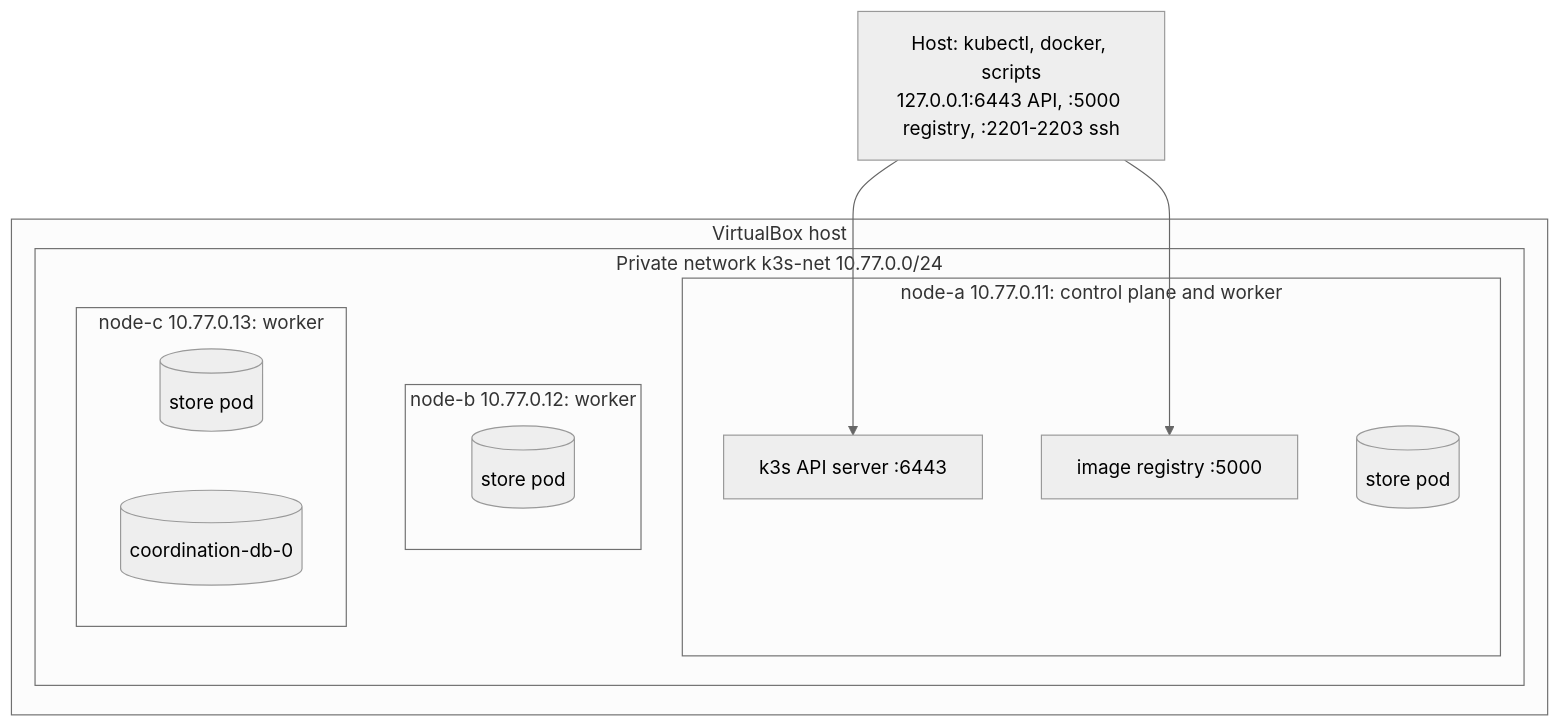
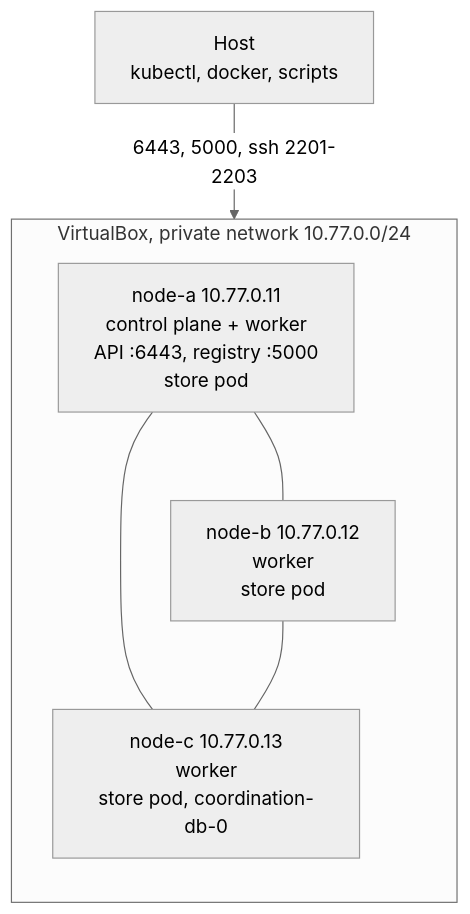
The first of 2 diagrams in README.md (brii26/distributed-hazard-coordination), drawn with Mermaid (neutral theme) before and after one commit. The commit also changed other lines of this file, not shown here.

Commit message:
docs: make the README diagrams narrower so they stay readable (#450)

````diff
--- a/README.md
+++ b/README.md
@@ -34,22 +34,14 @@
 ```mermaid
 flowchart TB
-  DEV["Host: kubectl, docker, scripts<br/>127.0.0.1:6443 API, :5000 registry, :2201-2203 ssh"]
-  subgraph HOST["VirtualBox host"]
-    subgraph NET["Private network k3s-net 10.77.0.0/24"]
-      subgraph A["node-a 10.77.0.11: control plane and worker"]
-        API["k3s API server :6443"]
-        REG["image registry :5000"]
-        SA[("store pod")]
-      end
-      subgraph B["node-b 10.77.0.12: worker"]
-        SB[("store pod")]
-      end
-      subgraph C["node-c 10.77.0.13: worker"]
-        SC[("store pod")]
-        CDB[("coordination-db-0")]
-      end
-    end
+  DEV["Host<br/>kubectl, docker, scripts"]
+  subgraph NET["VirtualBox, private network 10.77.0.0/24"]
+    direction TB
+    A["node-a 10.77.0.11<br/>control plane + worker<br/>API :6443, registry :5000<br/>store pod"]
+    B["node-b 10.77.0.12<br/>worker<br/>store pod"]
+    C["node-c 10.77.0.13<br/>worker<br/>store pod, coordination-db-0"]
   end
-  DEV --> API
-  DEV --> REG
+  DEV -->|"6443, 5000, ssh 2201-2203"| A
+  A --- B
+  A --- C
+  B --- C
 ```
````
